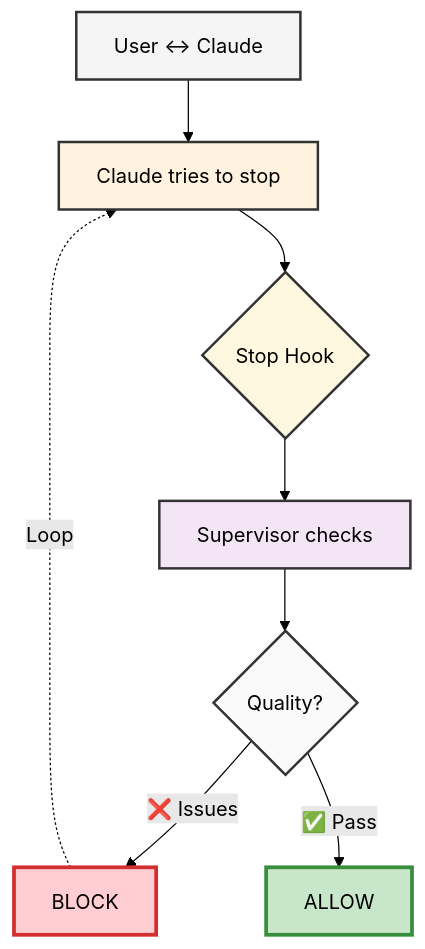
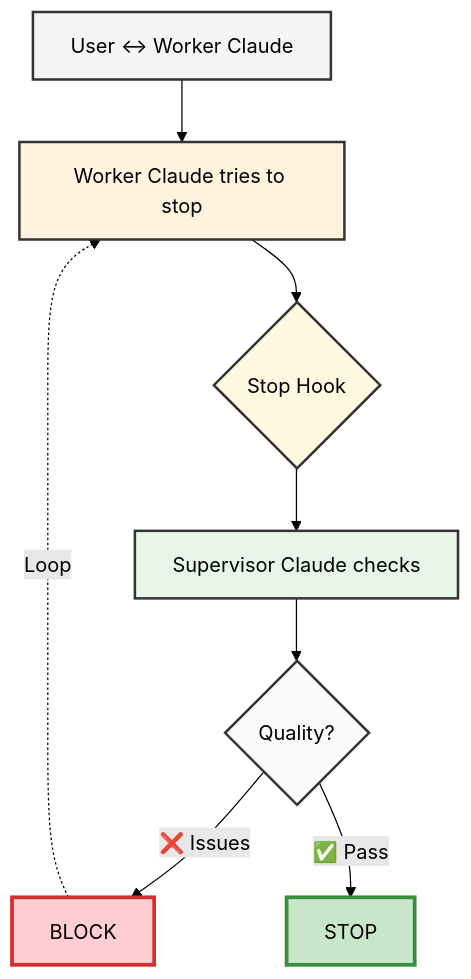
One commit to willkan/ho-cc-supervisor changed the diagram in README.md. Above: the diagram before and after it, drawn with Mermaid (forest theme). The commit also changed other lines of this file and 1 other file, not shown here.

First line of the commit message:
docs: 修复示例展示区分Worker和Supervisor Claude

````diff
--- a/README.md
+++ b/README.md
@@ -26,18 +26,18 @@
 ```mermaid
 flowchart TB
-    A[User ↔ Claude] --> B[Claude tries to stop]
+    A[User ↔ Worker Claude] --> B[Worker Claude tries to stop]
     B --> C{Stop Hook}
-    C --> D[Supervisor checks]
+    C --> D[Supervisor Claude checks]
     D --> E{Quality?}
     E -->|❌ Issues| F[BLOCK]
-    E -->|✅ Pass| G[ALLOW]
+    E -->|✅ Pass| G[STOP]
     F -.->|Loop| B
     
     style A fill:#f5f5f5,stroke:#333,stroke-width:2px,color:#000
     style B fill:#fff3e0,stroke:#333,stroke-width:2px,color:#000
     style C fill:#fff8e1,stroke:#333,stroke-width:2px,color:#000
-    style D fill:#f3e5f5,stroke:#333,stroke-width:2px,color:#000
+    style D fill:#e8f5e9,stroke:#333,stroke-width:2px,color:#000
     style E fill:#fafafa,stroke:#333,stroke-width:2px,color:#000
     style F fill:#ffcdd2,stroke:#d32f2f,stroke-width:3px,color:#000
     style G fill:#c8e6c9,stroke:#388e3c,stroke-width:3px,color:#000
 ```
````
